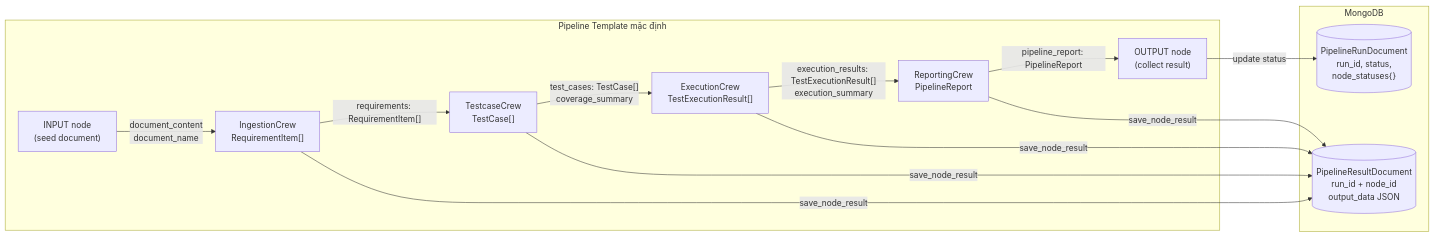
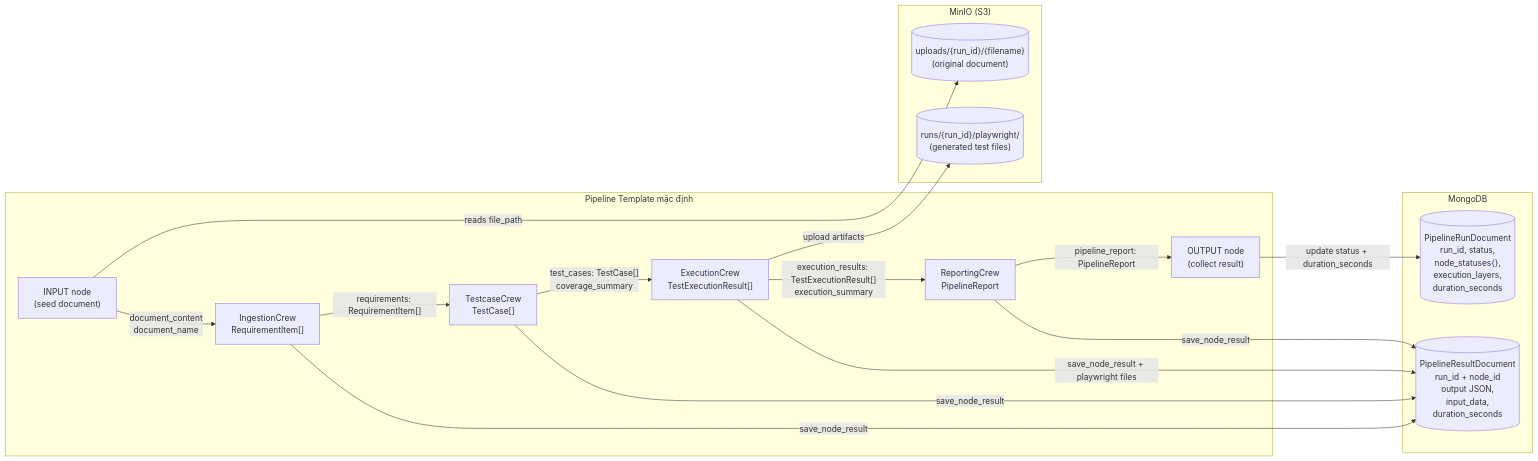
Before and after one commit to HenSanInDuty/agent-automation-testing: the sixth of 6 diagrams in docs/pipeline-execution.md, drawn with Mermaid. The commit also changed other lines of this file and 6 other files, not shown here.

First line of the commit message:
docs: update all docs to reflect JWT auth, MinIO storage, ToolRegistry, RBAC

````diff
--- a/docs/pipeline-execution.md
+++ b/docs/pipeline-execution.md
@@ -164,28 +165,35 @@
 ```mermaid
 graph LR
     subgraph Template["Pipeline Template mặc định"]
         INPUT["INPUT node\n(seed document)"]
         INGEST["IngestionCrew\nRequirementItem[]"]
         TESTCASE["TestcaseCrew\nTestCase[]"]
         EXECUTE["ExecutionCrew\nTestExecutionResult[]"]
         REPORT["ReportingCrew\nPipelineReport"]
         OUTPUT["OUTPUT node\n(collect result)"]
 
         INPUT -->|"document_content\ndocument_name"| INGEST
         INGEST -->|"requirements: RequirementItem[]"| TESTCASE
         TESTCASE -->|"test_cases: TestCase[]\ncoverage_summary"| EXECUTE
         EXECUTE -->|"execution_results: TestExecutionResult[]\nexecution_summary"| REPORT
         REPORT -->|"pipeline_report: PipelineReport"| OUTPUT
     end
 
-    subgraph Storage["MongoDB"]
-        RUN[("PipelineRunDocument\nrun_id, status,\nnode_statuses{}")]
-        RESULT[("PipelineResultDocument\nrun_id + node_id\noutput_data JSON")]
+    subgraph MongoDB["MongoDB"]
+        RUN[("PipelineRunDocument\nrun_id, status,\nnode_statuses{},\nexecution_layers,\nduration_seconds")]
+        RESULT[("PipelineResultDocument\nrun_id + node_id\noutput JSON,\ninput_data,\nduration_seconds")]
+    end
+
+    subgraph MinIO["MinIO (S3)"]
+        UP[("uploads/{run_id}/{filename}\n(original document)")]
+        PW[("runs/{run_id}/playwright/\n(generated test files)")]
     end
 
     INGEST -->|"save_node_result"| RESULT
     TESTCASE -->|"save_node_result"| RESULT
-    EXECUTE -->|"save_node_result"| RESULT
+    EXECUTE -->|"save_node_result + playwright files"| RESULT
+    EXECUTE -->|"upload artifacts"| PW
     REPORT -->|"save_node_result"| RESULT
-    OUTPUT -->|"update status"| RUN
+    OUTPUT -->|"update status + duration_seconds"| RUN
+    INPUT -->|"reads file_path"| UP
 ```
````
